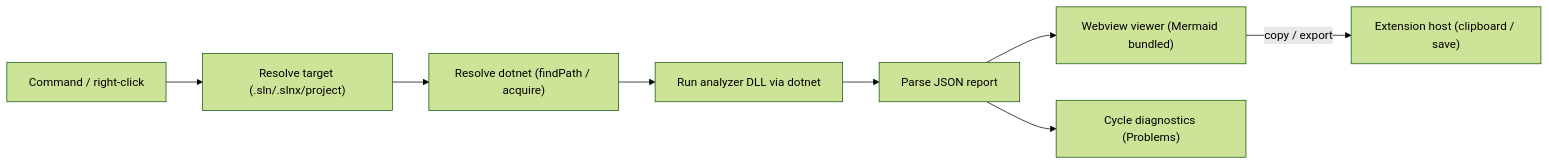
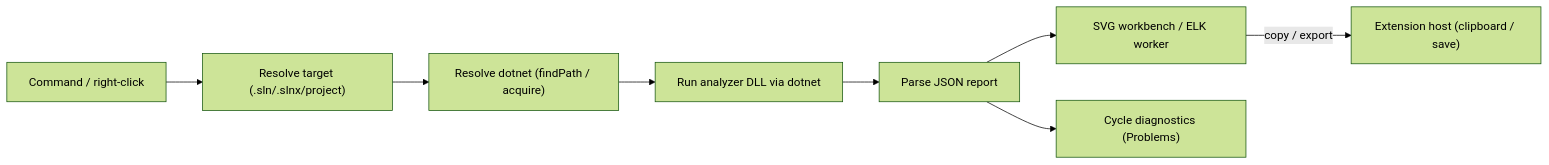
The diagram in README.md (Htkym/sharpdeps), drawn with Mermaid (forest theme) before and after one commit. The commit also changed other lines of this file and 135 other files, not shown here.

````diff
--- a/README.md
+++ b/README.md
@@ -98,10 +86,10 @@
 ```mermaid
 flowchart LR
   cmd["Command / right-click"] --> resolve["Resolve target (.sln/.slnx/project)"]
   resolve --> rt["Resolve dotnet (findPath / acquire)"]
   rt --> run["Run analyzer DLL via dotnet"]
   run --> json["Parse JSON report"]
-  json --> view["Webview viewer (Mermaid bundled)"]
+  json --> view["SVG workbench / ELK worker"]
   json --> diag["Cycle diagnostics (Problems)"]
   view -->|copy / export| ext["Extension host (clipboard / save)"]
 ```
````
